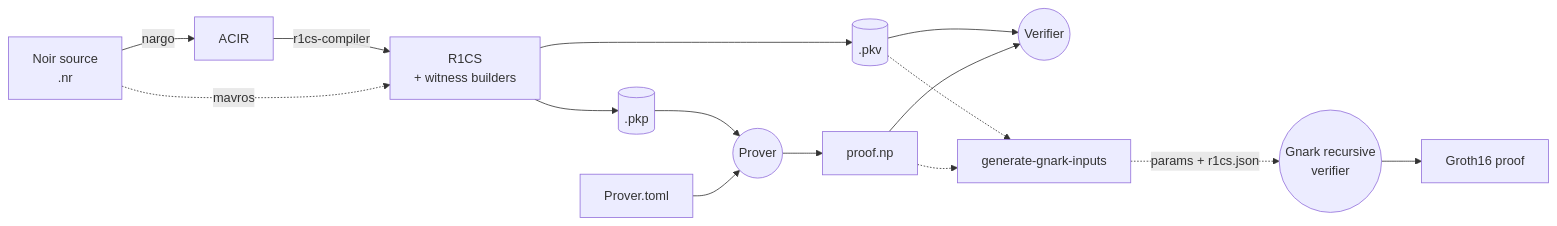
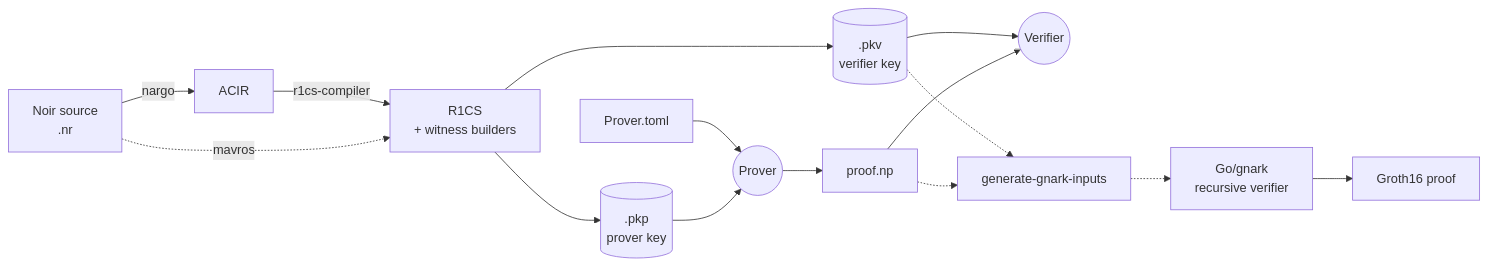
The diagram in README.md (worldfnd/provekit), drawn with Mermaid before and after one commit. The commit also changed other lines of this file and 5 other files, not shown here.

First line of the commit message:
docs: name .pkp and .pkv as ProveKit Prover and ProveKit Verifier

````diff
--- a/README.md
+++ b/README.md
@@ -19,17 +61,17 @@
 ```mermaid
 graph LR
-    N[Noir source<br/>.nr] -->|nargo| ACIR[ACIR]
+    Noir[Noir source<br/>.nr] -->|nargo| ACIR[ACIR]
     ACIR -->|r1cs-compiler| R1CS[R1CS<br/>+ witness builders]
-    N -.->|mavros| R1CS
-    R1CS --> PKP[(.pkp)]
-    R1CS --> PKV[(.pkv)]
-    PKP --> Prover((Prover))
-    Inputs[Prover.toml] --> Prover
-    Prover --> NP[proof.np]
+    Noir -.->|mavros| R1CS
+    R1CS --> PKP[(.pkp<br/>prover key)]
+    R1CS --> PKV[(.pkv<br/>verifier key)]
+    Inputs[Prover.toml] --> Prover((Prover))
+    PKP --> Prover
+    Prover --> Proof[proof.np]
     PKV --> Verifier((Verifier))
-    NP --> Verifier
-    PKV -.-> GGI[generate-gnark-inputs]
-    NP -.-> GGI
-    GGI -.->|params + r1cs.json| Recursive((Gnark recursive<br/>verifier))
-    Recursive --> G16[Groth16 proof]
+    Proof --> Verifier
+    PKV -.-> GnarkInputs[generate-gnark-inputs]
+    Proof -.-> GnarkInputs
+    GnarkInputs -.-> Recursive[Go/gnark<br/>recursive verifier]
+    Recursive --> Groth16[Groth16 proof]
 ```
````
